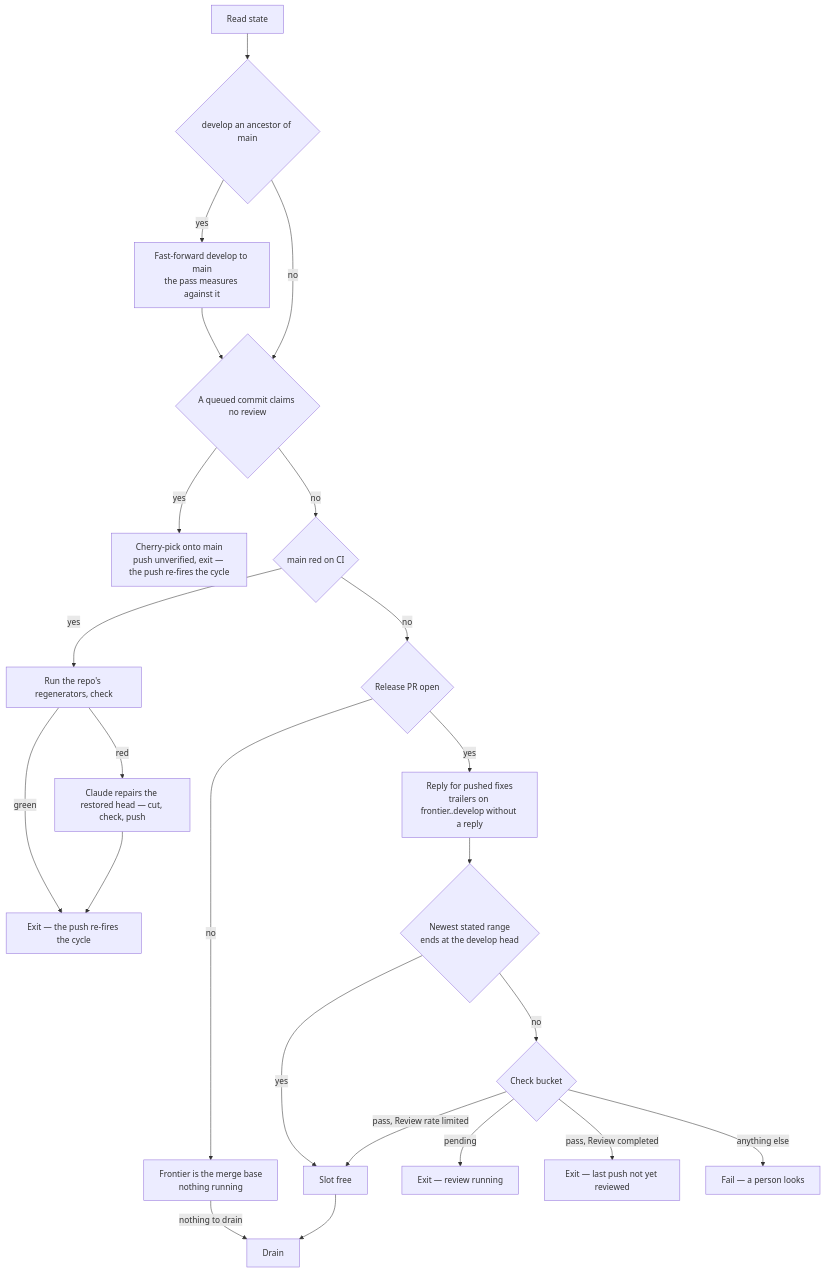
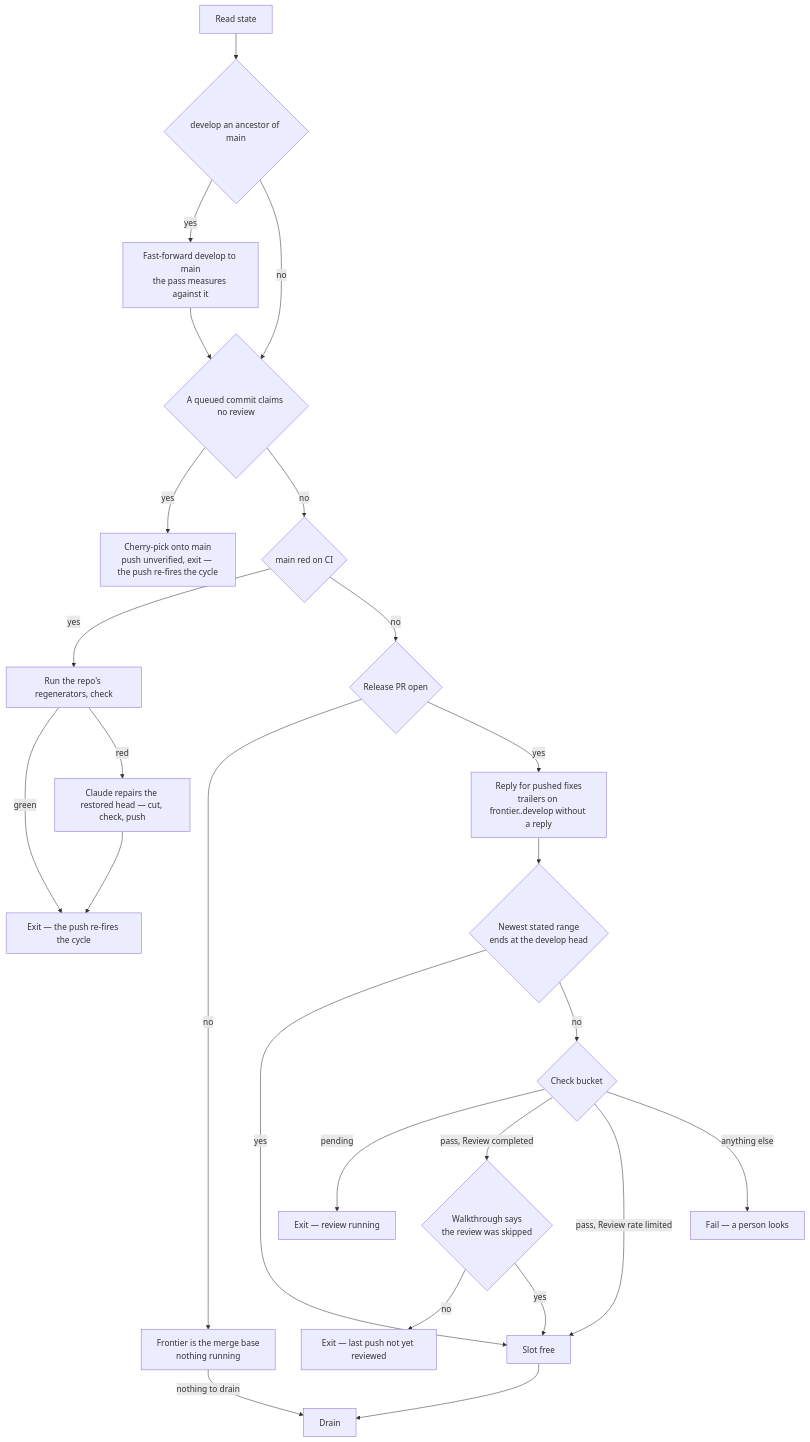
The first of 4 diagrams in apps/web/content/docs/infra/review-collector/collection-cycle.md (Esposter/Esposter), drawn with Mermaid before and after one commit. The commit also changed other lines of this file and 13 other files, not shown here.

````diff
--- a/apps/web/content/docs/infra/review-collector/collection-cycle.md
+++ b/apps/web/content/docs/infra/review-collector/collection-cycle.md
@@ -41,22 +42,24 @@
 ```mermaid
 flowchart TD
   S[Read state] --> RS{develop an ancestor of main}
   RS -->|yes| FF[Fast-forward develop to main<br/>the pass measures against it] --> EL
   RS -->|no| EL{A queued commit claims no review}
   EL -->|yes| X3[Cherry-pick onto main<br/>push unverified, exit — the push re-fires the cycle]
   EL -->|no| MR{main red on CI}
   MR -->|yes| RG[Run the repo's regenerators, check]
   RG -->|green| X6[Exit — the push re-fires the cycle]
   RG -->|red| RP[Claude repairs the restored head — cut, check, push] --> X6
   MR -->|no| PR{Release PR open}
   PR -->|no| MB[Frontier is the merge base<br/>nothing running] -->|nothing to drain| D
   PR -->|yes| RE[Reply for pushed fixes<br/>trailers on frontier..develop without a reply]
   RE --> B{Newest stated range<br/>ends at the develop head}
   B -->|yes| OK[Slot free]
   B -->|no| ST{Check bucket}
   ST -->|pending| X1[Exit — review running]
-  ST -->|pass, Review completed| X2[Exit — last push not yet reviewed]
+  ST -->|pass, Review completed| SK{Walkthrough says<br/>the review was skipped}
+  SK -->|no| X2[Exit — last push not yet reviewed]
+  SK -->|yes| OK
   ST -->|pass, Review rate limited| OK
   ST -->|anything else| X4[Fail — a person looks]
   OK --> D[Drain]
 ```
````
